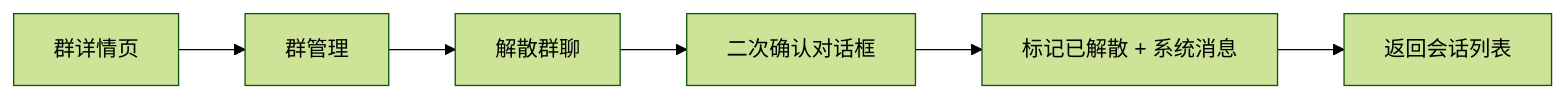
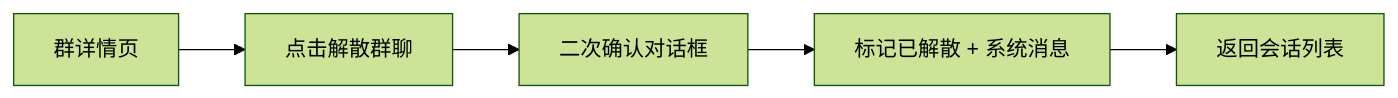
Before and after one commit to toly1994328/flash_im_by_ai: the fifth of 7 diagrams in docs/features/im/group/v0.0.3/analysis.md, drawn with Mermaid (forest theme). The commit also changed other lines of this file and 33 other files, not shown here.

````diff
--- a/docs/features/im/group/v0.0.3/analysis.md
+++ b/docs/features/im/group/v0.0.3/analysis.md
@@ -76,8 +75,7 @@
 ```mermaid
 flowchart LR
-    A[群详情页] --> B[群管理]
-    B --> C[解散群聊]
-    C --> D[二次确认对话框]
-    D --> E[标记已解散 + 系统消息]
-    E --> F[返回会话列表]
+    A[群详情页] --> B[点击解散群聊]
+    B --> C[二次确认对话框]
+    C --> D[标记已解散 + 系统消息]
+    D --> E[返回会话列表]
 ```
````
